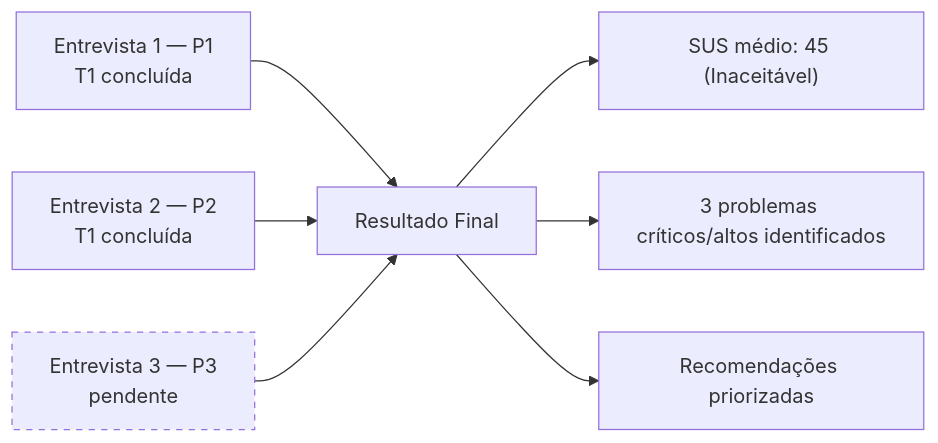
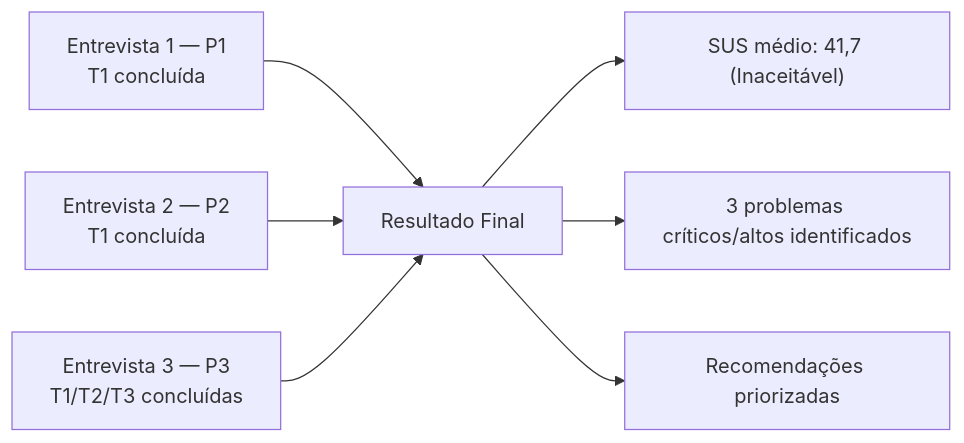
The first of 6 diagrams in docs/ihc-sabin/teste-usabilidade/resultados.md (UnB-IHC/IHC_2026.1_Grupo07), drawn with Mermaid before and after one commit. The commit also changed other lines of this file and 3 other files, not shown here.

````diff
--- a/docs/ihc-sabin/teste-usabilidade/resultados.md
+++ b/docs/ihc-sabin/teste-usabilidade/resultados.md
@@ -47,11 +47,9 @@
 ```mermaid
 flowchart LR
     P1["Entrevista 1 — P1\nT1 concluída"] --> RF[Resultado Final]
     P2["Entrevista 2 — P2\nT1 concluída"] --> RF
-    P3["Entrevista 3 — P3\npendente"] --> RF
-    RF --> SUS["SUS médio: 45 (Inaceitável)"]
+    P3["Entrevista 3 — P3\nT1/T2/T3 concluídas"] --> RF
+    RF --> SUS["SUS médio: 41,7 (Inaceitável)"]
     RF --> PROB["3 problemas críticos/altos identificados"]
     RF --> REC["Recomendações priorizadas"]
-
-    style P3 stroke-dasharray: 5 5
 ```
````
